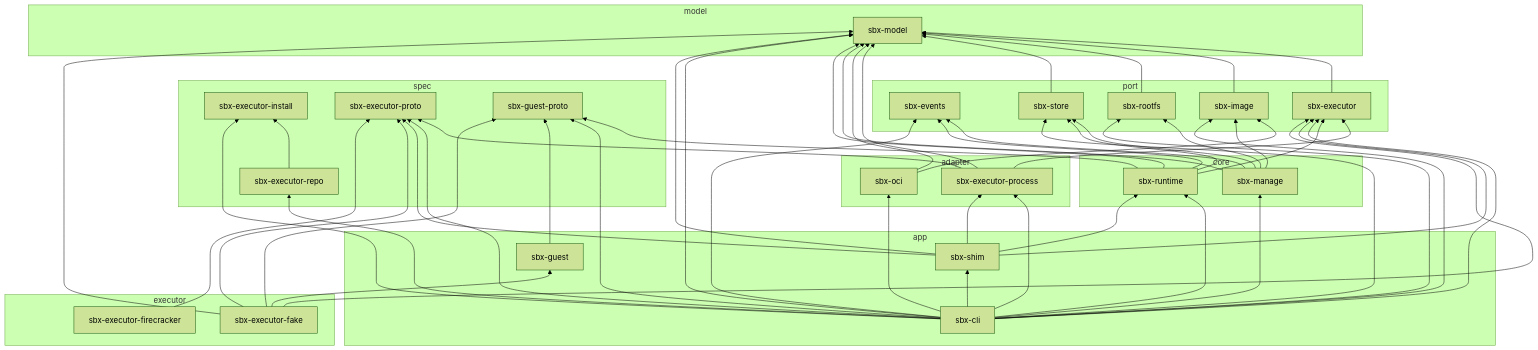
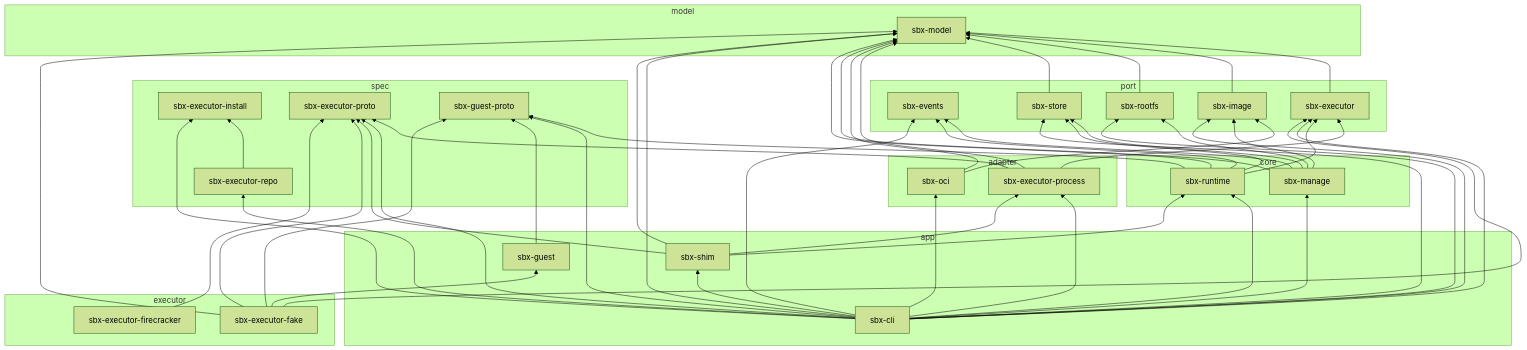
The diagram in docs/developers/crates.md (toollyst/sandbox), drawn with Mermaid (forest theme) before and after one commit. The commit also changed other lines of this file and 14 other files, not shown here.

```diff
--- a/docs/developers/crates.md
+++ b/docs/developers/crates.md
@@ -93,7 +93,6 @@
   sbx_cli --> sbx_shim
   sbx_cli --> sbx_store
   sbx_guest --> sbx_guest_proto
-  sbx_shim --> sbx_executor
   sbx_shim --> sbx_executor_process
   sbx_shim --> sbx_executor_proto
   sbx_shim --> sbx_model
```
